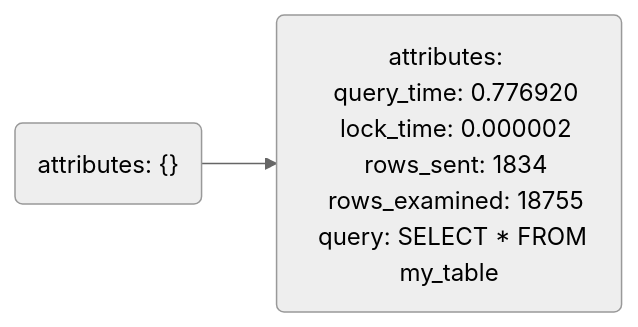
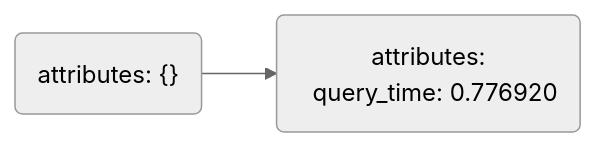
One commit to evan-bradley/ottl-cookbook changed the diagram in code/mysql-extraction.mmd. Above: the diagram before and after it, drawn with Mermaid (neutral theme). The commit also changed 2 other files, not shown here.

```diff
--- a/code/mysql-extraction.mmd
+++ b/code/mysql-extraction.mmd
@@ -1,10 +1,6 @@
 flowchart LR
     log0("attributes: {}")
     log1(attributes: 
 &nbsp;&nbsp;query_time: 0.776920
-&nbsp;&nbsp;lock_time: 0.000002
-&nbsp;&nbsp;rows_sent: 1834
-&nbsp;&nbsp;rows_examined: 18755
-&nbsp;&nbsp;query: SELECT * FROM my_table
     )
     log0 --> log1
```
